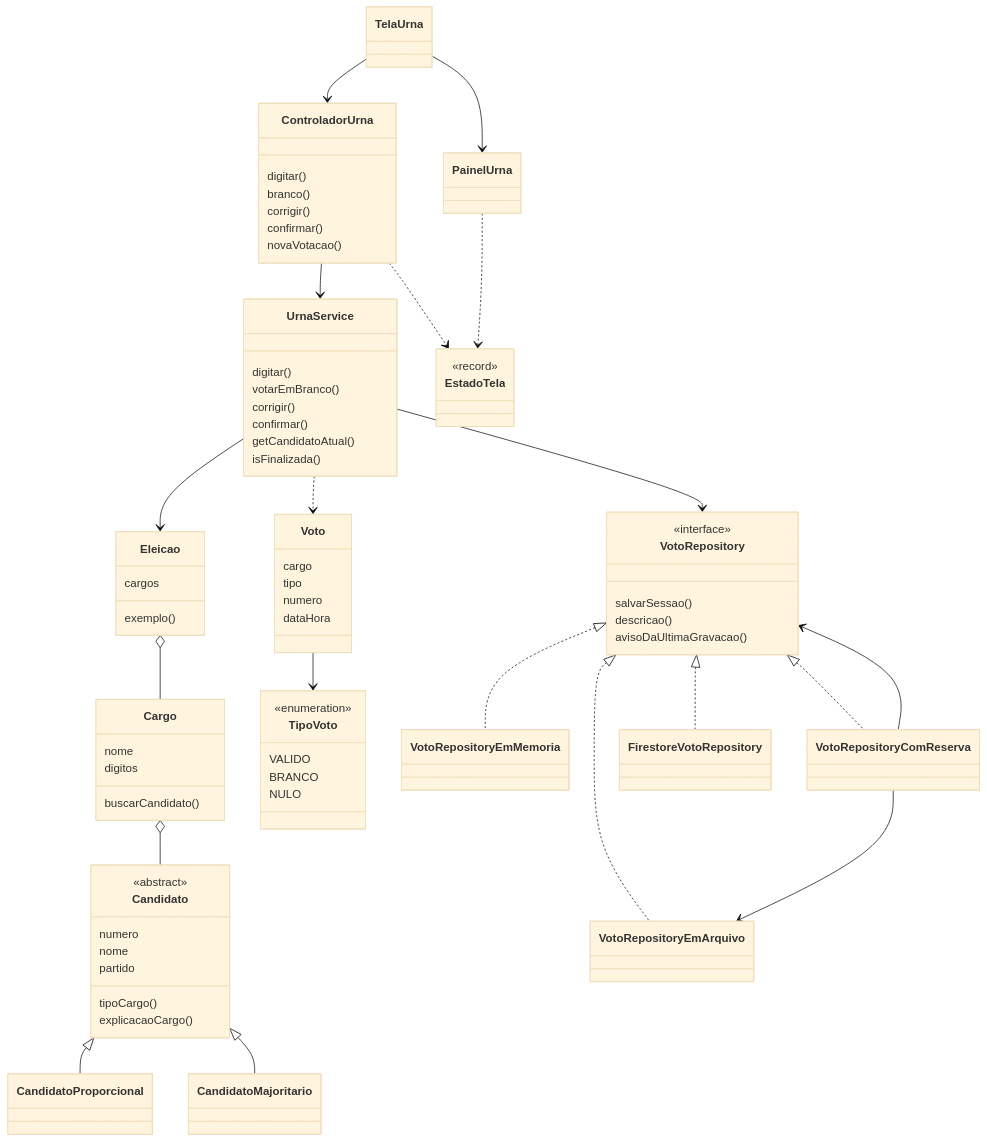
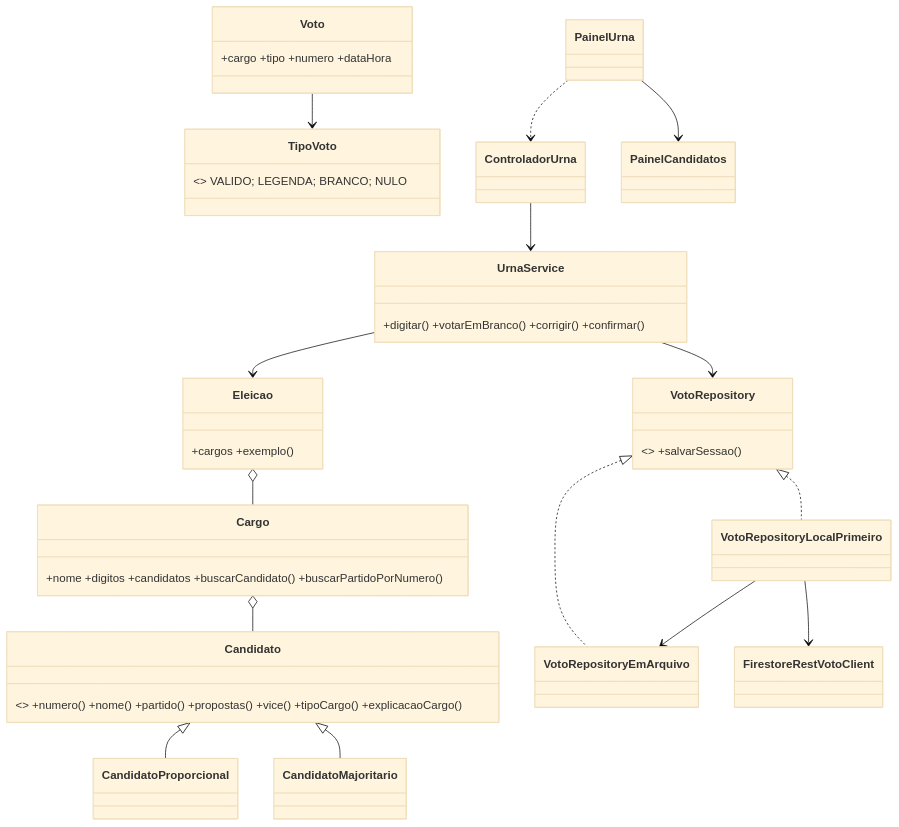
The second of 2 diagrams in docs/diagrama-classes.md (Sudo-Marco/urna-cidada), drawn with Mermaid (base theme) before and after one commit. The commit also changed other lines of this file and 23 other files, not shown here.

````diff
--- a/docs/diagrama-classes.md
+++ b/docs/diagrama-classes.md
@@ -32,84 +32,32 @@
 ```mermaid
 classDiagram
-    class Candidato {
-        <<abstract>>
-        numero
-        nome
-        partido
-        tipoCargo()
-        explicacaoCargo()
-    }
-    class CandidatoProporcional
-    class CandidatoMajoritario
-    class Cargo {
-        nome
-        digitos
-        buscarCandidato()
-    }
-    class Eleicao {
-        cargos
-        exemplo()
-    }
-    class Voto {
-        cargo
-        tipo
-        numero
-        dataHora
-    }
-    class TipoVoto {
-        <<enumeration>>
-        VALIDO
-        BRANCO
-        NULO
-    }
-    class UrnaService {
-        digitar()
-        votarEmBranco()
-        corrigir()
-        confirmar()
-        getCandidatoAtual()
-        isFinalizada()
-    }
-    class VotoRepository {
-        <<interface>>
-        salvarSessao()
-        descricao()
-        avisoDaUltimaGravacao()
-    }
-    class VotoRepositoryEmMemoria
-    class VotoRepositoryEmArquivo
-    class VotoRepositoryComReserva
-    class FirestoreVotoRepository
-    class ControladorUrna {
-        digitar()
-        branco()
-        corrigir()
-        confirmar()
-        novaVotacao()
-    }
-    class EstadoTela {
-        <<record>>
-    }
-    class PainelUrna
-    class TelaUrna
-
-    Candidato <|-- CandidatoProporcional
-    Candidato <|-- CandidatoMajoritario
-    Cargo o-- Candidato
-    Eleicao o-- Cargo
-    Voto --> TipoVoto
-    UrnaService --> Eleicao
-    UrnaService ..> Voto
-    UrnaService --> VotoRepository
-    VotoRepository <|.. VotoRepositoryEmMemoria
-    VotoRepository <|.. VotoRepositoryEmArquivo
-    VotoRepository <|.. VotoRepositoryComReserva
-    VotoRepository <|.. FirestoreVotoRepository
-    VotoRepositoryComReserva --> VotoRepository
-    VotoRepositoryComReserva --> VotoRepositoryEmArquivo
-    ControladorUrna --> UrnaService
-    ControladorUrna ..> EstadoTela
-    PainelUrna ..> EstadoTela
-    TelaUrna --> PainelUrna
-    TelaUrna --> ControladorUrna
+  class Candidato { <<abstract>> +numero() +nome() +partido() +propostas() +vice() +tipoCargo() +explicacaoCargo() }
+  class CandidatoProporcional
+  class CandidatoMajoritario
+  class Cargo { +nome +digitos +candidatos +buscarCandidato() +buscarPartidoPorNumero() }
+  class Eleicao { +cargos +exemplo() }
+  class Voto { +cargo +tipo +numero +dataHora }
+  class TipoVoto { <<enumeration>> VALIDO; LEGENDA; BRANCO; NULO }
+  class UrnaService { +digitar() +votarEmBranco() +corrigir() +confirmar() }
+  class VotoRepository { <<interface>> +salvarSessao() }
+  class VotoRepositoryEmArquivo
+  class VotoRepositoryLocalPrimeiro
+  class FirestoreRestVotoClient
+  class ControladorUrna
+  class PainelUrna
+  class PainelCandidatos
+  Candidato <|-- CandidatoProporcional
+  Candidato <|-- CandidatoMajoritario
+  Cargo o-- Candidato
+  Eleicao o-- Cargo
+  Voto --> TipoVoto
+  UrnaService --> Eleicao
+  UrnaService --> VotoRepository
+  VotoRepository <|.. VotoRepositoryEmArquivo
+  VotoRepository <|.. VotoRepositoryLocalPrimeiro
+  VotoRepositoryLocalPrimeiro --> VotoRepositoryEmArquivo
+  VotoRepositoryLocalPrimeiro --> FirestoreRestVotoClient
+  ControladorUrna --> UrnaService
+  PainelUrna --> PainelCandidatos
+  PainelUrna ..> ControladorUrna
 ```
````
